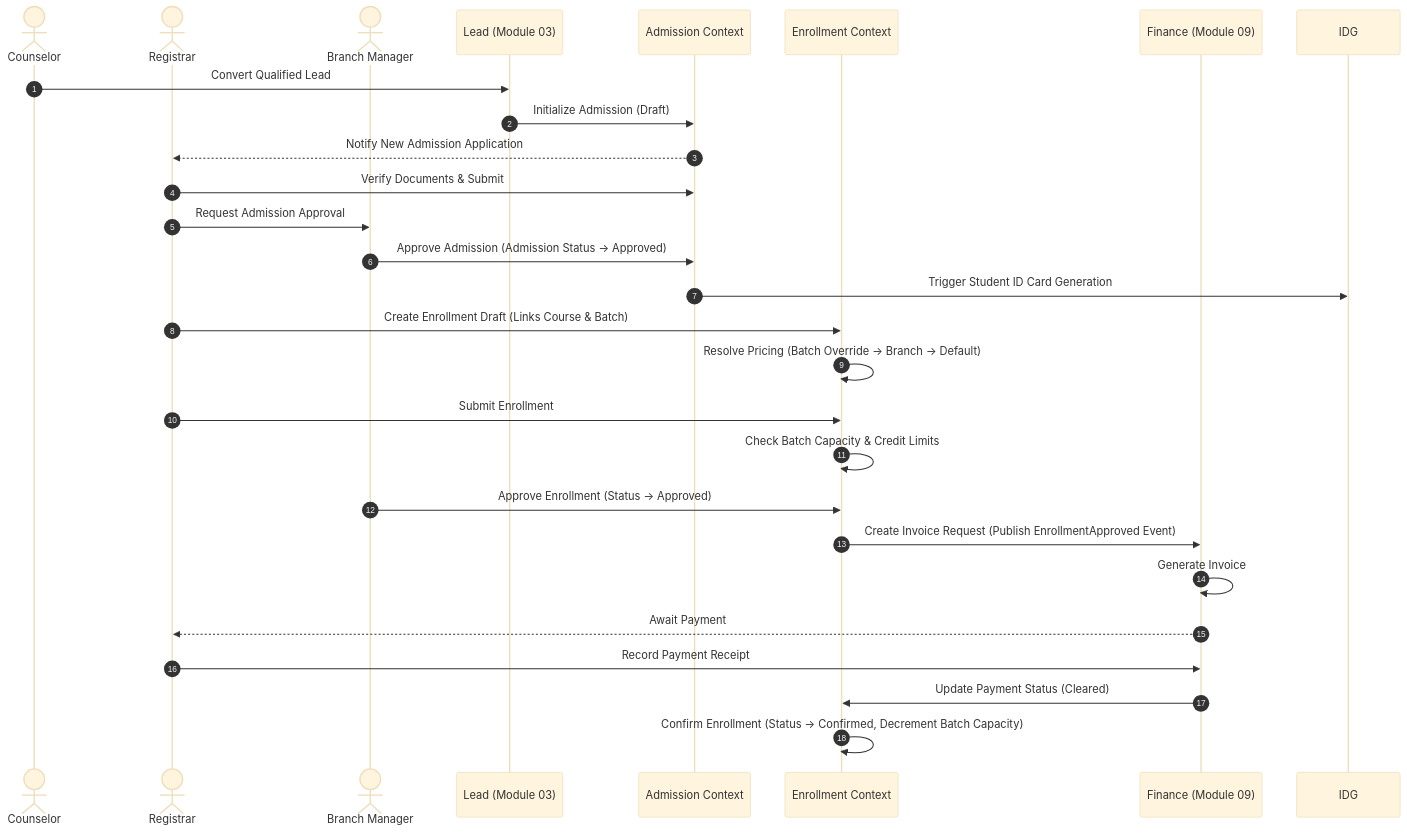
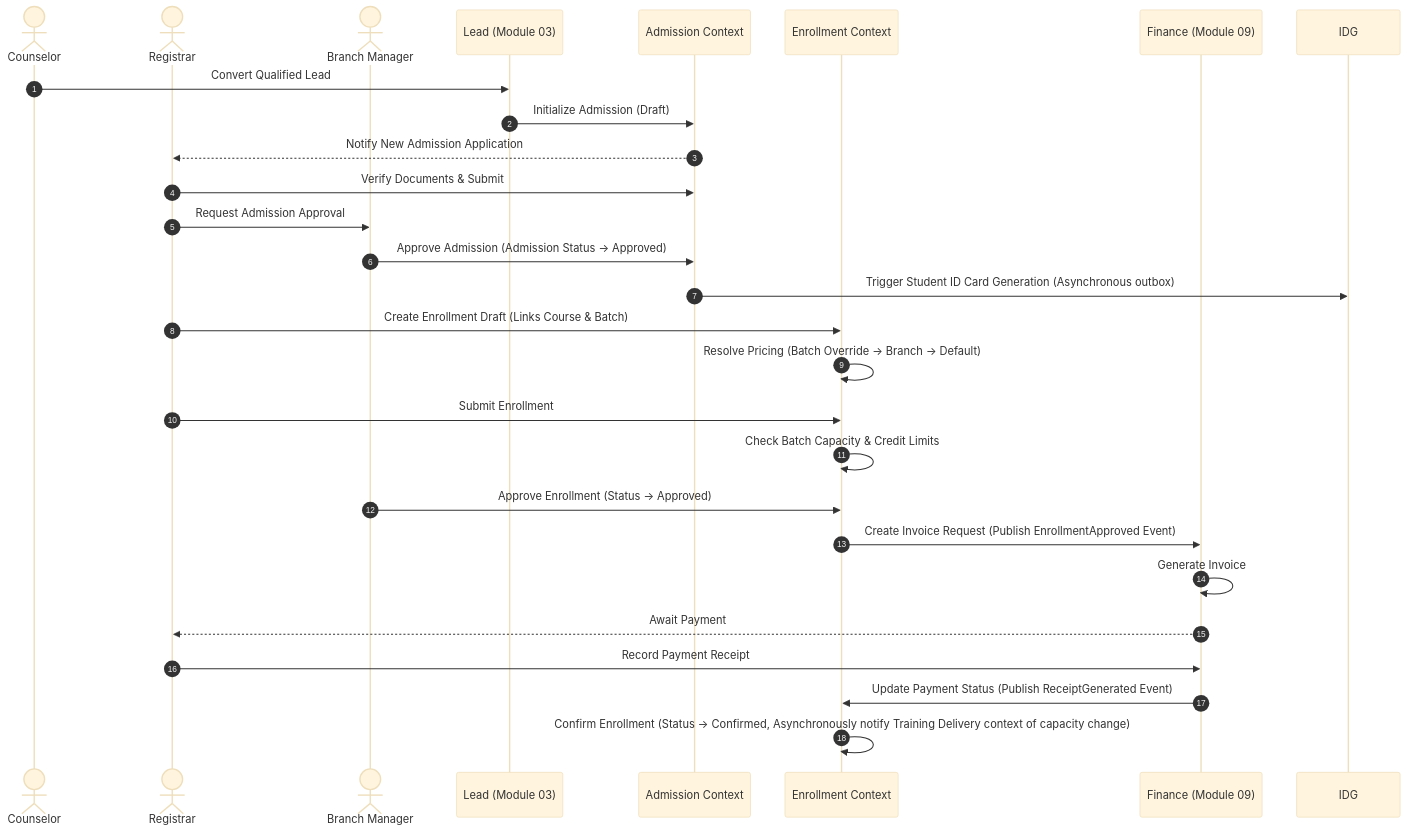
The first of 2 diagrams in docs/architecture/frd/Module 04: Admission & Enrollment Management/Part 2 – User Stories, Use Cases, Workflows, State Machines.md (needuvazh/ims-v2), drawn with Mermaid (base theme) before and after one commit. The commit also changed other lines of this file and 128 other files, not shown here.

````diff
--- a/docs/architecture/frd/Module 04: Admission & Enrollment Management/Part 2 – User Stories, Use Cases, Workflows, State Machines.md
+++ b/docs/architecture/frd/Module 04: Admission & Enrollment Management/Part 2 – User Stories, Use Cases, Workflows, State Machines.md
@@ -237,32 +243,32 @@
 ```mermaid
 sequenceDiagram
     autonumber
     actor Counselor as Counselor
     actor Registrar as Registrar
     actor Manager as Branch Manager
     participant CRM as Lead (Module 03)
     participant ADM as Admission Context
     participant ENR as Enrollment Context
     participant FIN as Finance (Module 09)
 
     Counselor->>CRM: Convert Qualified Lead
     CRM->>ADM: Initialize Admission (Draft)
     ADM-->>Registrar: Notify New Admission Application
     Registrar->>ADM: Verify Documents & Submit
     Registrar->>Manager: Request Admission Approval
     Manager->>ADM: Approve Admission (Admission Status -> Approved)
-    ADM->>IDG: Trigger Student ID Card Generation
+    ADM->>IDG: Trigger Student ID Card Generation (Asynchronous outbox)
     
     Registrar->>ENR: Create Enrollment Draft (Links Course & Batch)
     ENR->>ENR: Resolve Pricing (Batch Override -> Branch -> Default)
     Registrar->>ENR: Submit Enrollment
     ENR->>ENR: Check Batch Capacity & Credit Limits
     Manager->>ENR: Approve Enrollment (Status -> Approved)
     ENR->>FIN: Create Invoice Request (Publish EnrollmentApproved Event)
     FIN->>FIN: Generate Invoice
     FIN-->>Registrar: Await Payment
     
     Registrar->>FIN: Record Payment Receipt
-    FIN->>ENR: Update Payment Status (Cleared)
-    ENR->>ENR: Confirm Enrollment (Status -> Confirmed, Decrement Batch Capacity)
+    FIN->>ENR: Update Payment Status (Publish ReceiptGenerated Event)
+    ENR->>ENR: Confirm Enrollment (Status -> Confirmed, Asynchronously notify Training Delivery context of capacity change)
 ```
````
